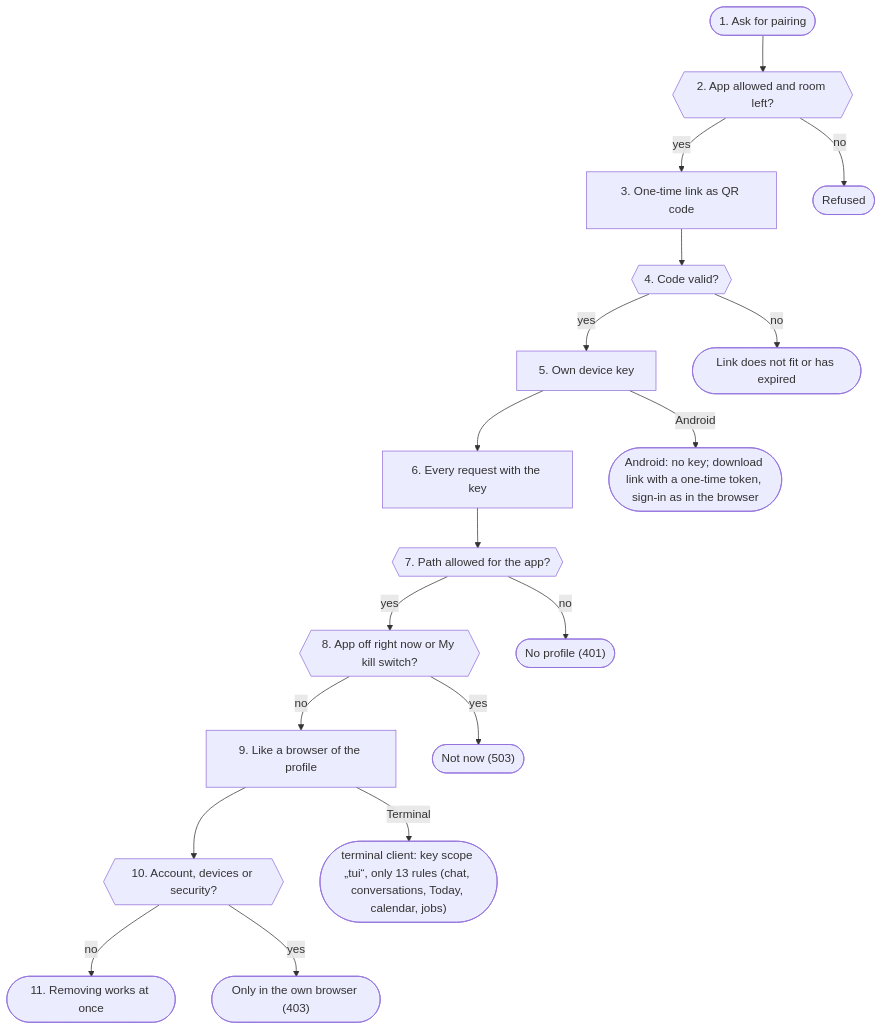
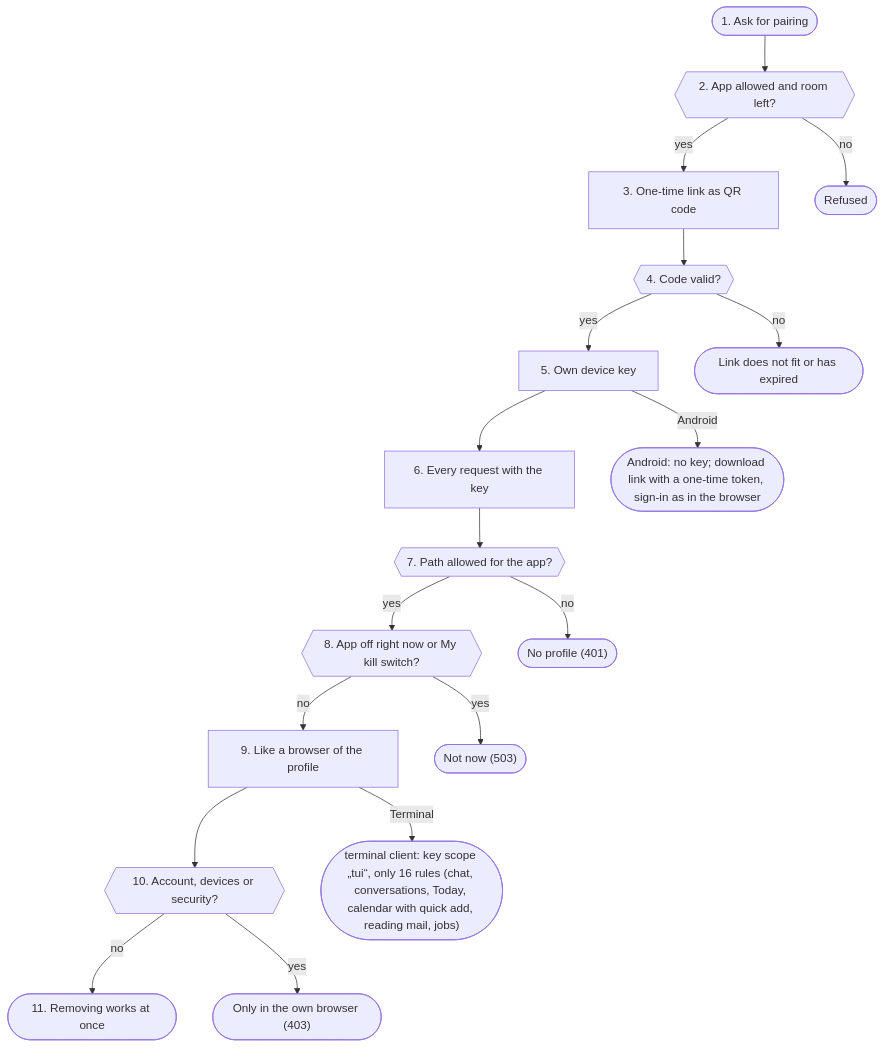
One commit to db9979/speech-on-dgx-spark changed the third of 27 diagrams in docs/en/architecture.md. Above: the diagram before and after it, drawn with Mermaid. The commit also changed other lines of this file and 42 other files, not shown here.

````diff
--- a/docs/en/architecture.md
+++ b/docs/en/architecture.md
@@ -801,38 +804,38 @@
 ```mermaid
 flowchart TD
   s1(["1. Ask for pairing"])
   s2{{"2. App allowed and room left?"}}
   s3["3. One-time link as QR code"]
   s4{{"4. Code valid?"}}
   s5["5. Own device key"]
   s6["6. Every request with the key"]
   s7{{"7. Path allowed for the app?"}}
   s8{{"8. App off right now or My kill switch?"}}
   s9["9. Like a browser of the profile"]
   s10{{"10. Account, devices or security?"}}
   s11(["11. Removing works at once"])
   s1 --> s2
   s2 -->|yes| s3
   s3 --> s4
   s4 -->|yes| s5
   s5 --> s6
   s6 --> s7
   s7 -->|yes| s8
   s8 -->|no| s9
   s9 --> s10
   s10 -->|no| s11
   s2x(["Refused"])
   s2 -->|no| s2x
   s4x(["Link does not fit or has expired"])
   s4 -->|no| s4x
   s5x(["Android: no key; download link with a one-time token, sign-in as in the browser"])
   s5 -->|Android| s5x
   s7x(["No profile (401)"])
   s7 -->|no| s7x
   s8x(["Not now (503)"])
   s8 -->|yes| s8x
-  s9x(["terminal client: key scope „tui“, only 13 rules (chat, conversations, Today, calendar, jobs)"])
+  s9x(["terminal client: key scope „tui“, only 16 rules (chat, conversations, Today, calendar with quick add, reading mail, jobs)"])
   s9 -->|Terminal| s9x
   s10x(["Only in the own browser (403)"])
   s10 -->|yes| s10x
 ```
````
